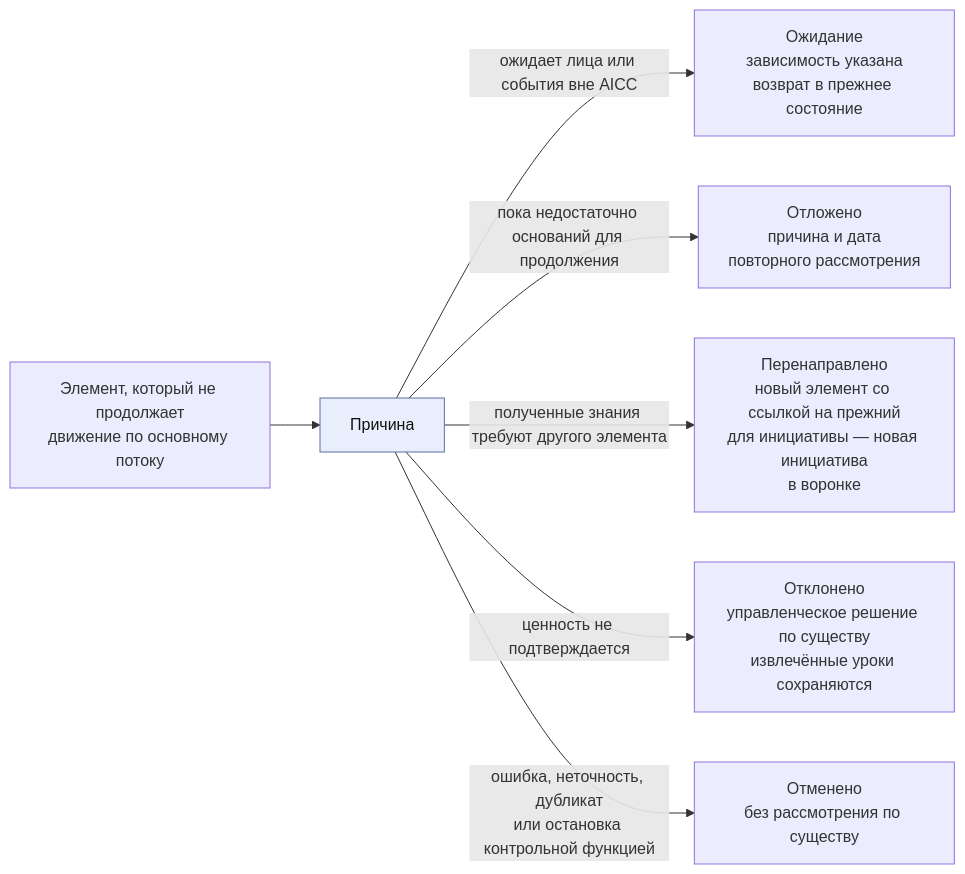
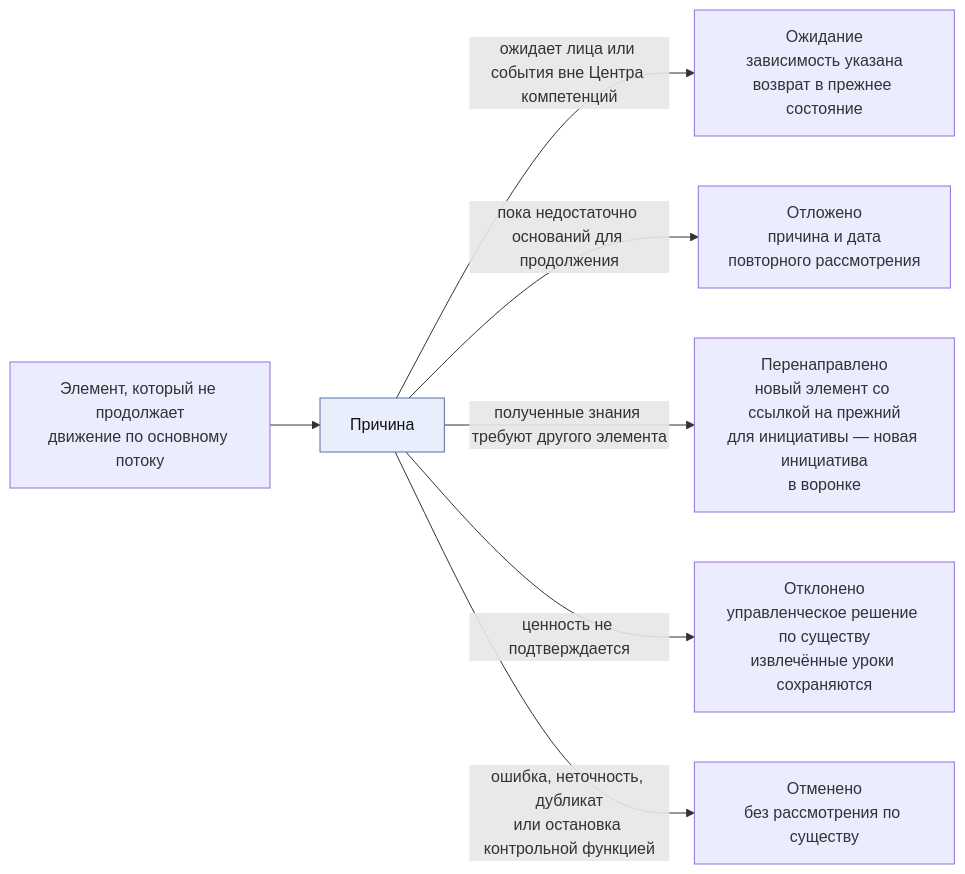
One commit to devhogu/ob-aicc changed the third of 10 diagrams in charter/ru/workflows/service-delivery.md. Above: the diagram before and after it, drawn with Mermaid. The commit also changed other lines of this file and 1149 other files, not shown here.

````diff
--- a/charter/ru/workflows/service-delivery.md
+++ b/charter/ru/workflows/service-delivery.md
@@ -73,11 +73,11 @@
 ```mermaid
 flowchart LR
   IT["Элемент, который не продолжает<br/>движение по основному потоку"] --> Q["Причина"]
-  Q -->|"ожидает лица или события вне AICC"| WT["Ожидание<br/>зависимость указана<br/>возврат в прежнее состояние"]
+  Q -->|"ожидает лица или события вне Центра компетенций"| WT["Ожидание<br/>зависимость указана<br/>возврат в прежнее состояние"]
   Q -->|"пока недостаточно оснований для продолжения"| DF["Отложено<br/>причина и дата<br/>повторного рассмотрения"]
   Q -->|"полученные знания требуют другого элемента"| PV["Перенаправлено<br/>новый элемент со ссылкой на прежний<br/>для инициативы — новая инициатива<br/>в воронке"]
   Q -->|"ценность не подтверждается"| RJ["Отклонено<br/>управленческое решение по существу<br/>извлечённые уроки сохраняются"]
   Q -->|"ошибка, неточность, дубликат<br/>или остановка контрольной функцией"| CN["Отменено<br/>без рассмотрения по существу"]
   classDef gate fill:#e8eefc,stroke:#5a6fa8,color:#111
   class Q gate
 ```
````
